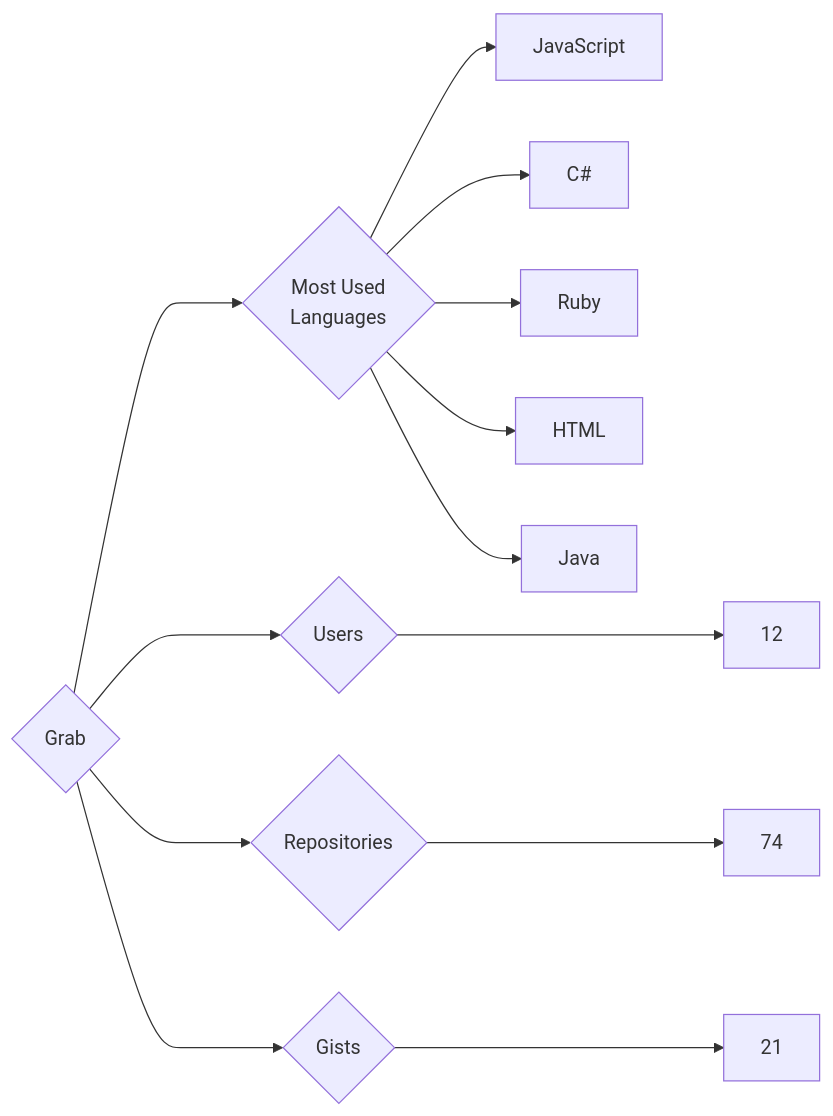
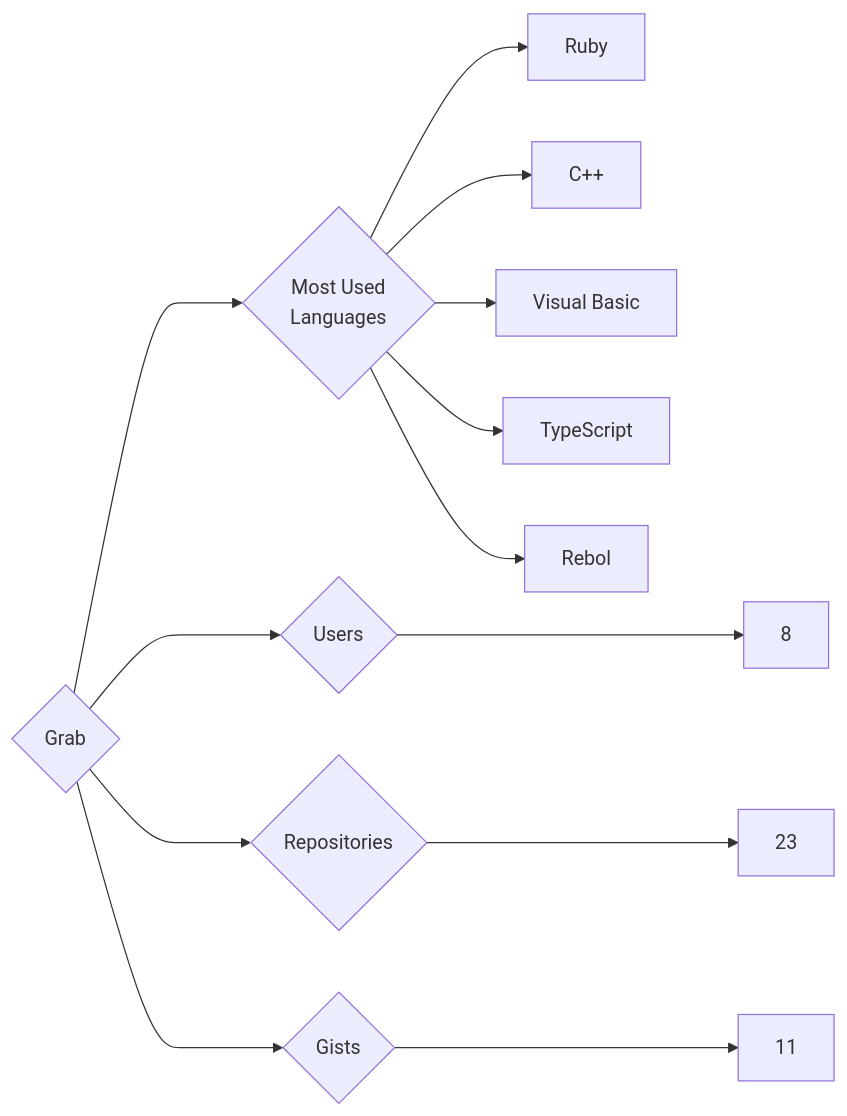
One commit to trickest/insiders changed the diagram in targets/Grab/README.md. Above: the diagram before and after it, drawn with Mermaid. The commit also changed 925 other files, not shown here.

````diff
--- a/targets/Grab/README.md
+++ b/targets/Grab/README.md
@@ -3,13 +3,13 @@
 ```mermaid
 graph LR
 COMPANY_NAME{Grab}
-COMPANY_NAME ---> U{Users} ---> UN[12]
-COMPANY_NAME ---> R{Repositories} ---> RN[74]
-COMPANY_NAME ---> G{Gists} ---> GN[21]
+COMPANY_NAME ---> U{Users} ---> UN[8]
+COMPANY_NAME ---> R{Repositories} ---> RN[23]
+COMPANY_NAME ---> G{Gists} ---> GN[11]
 COMPANY_NAME ---> ML{Most Used<br>Languages}
-ML --> JavaScript[JavaScript]
-ML --> C#[C#]
 ML --> Ruby[Ruby]
-ML --> HTML[HTML]
-ML --> Java[Java]
+ML --> C++[C++]
+ML --> Visual_Basic[Visual Basic]
+ML --> TypeScript[TypeScript]
+ML --> Rebol[Rebol]
 ```
````
